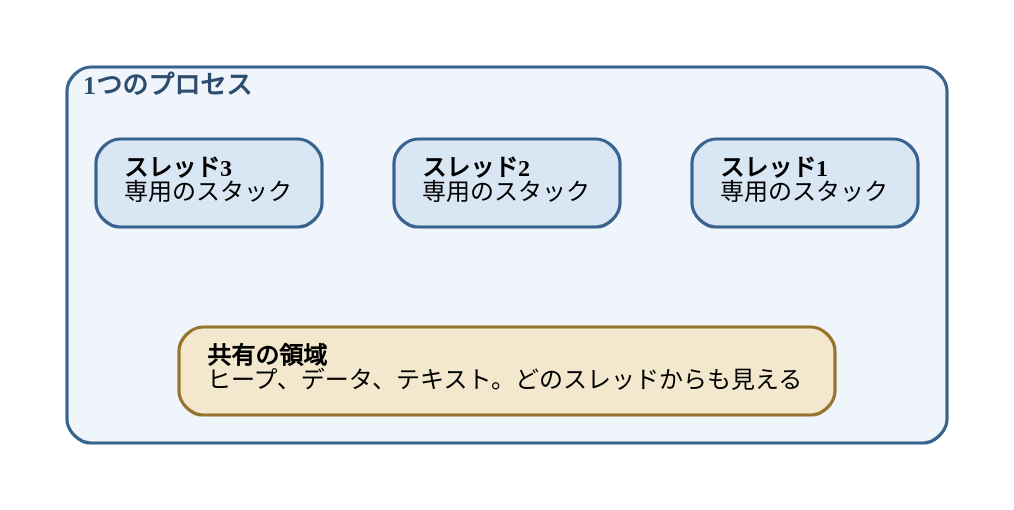
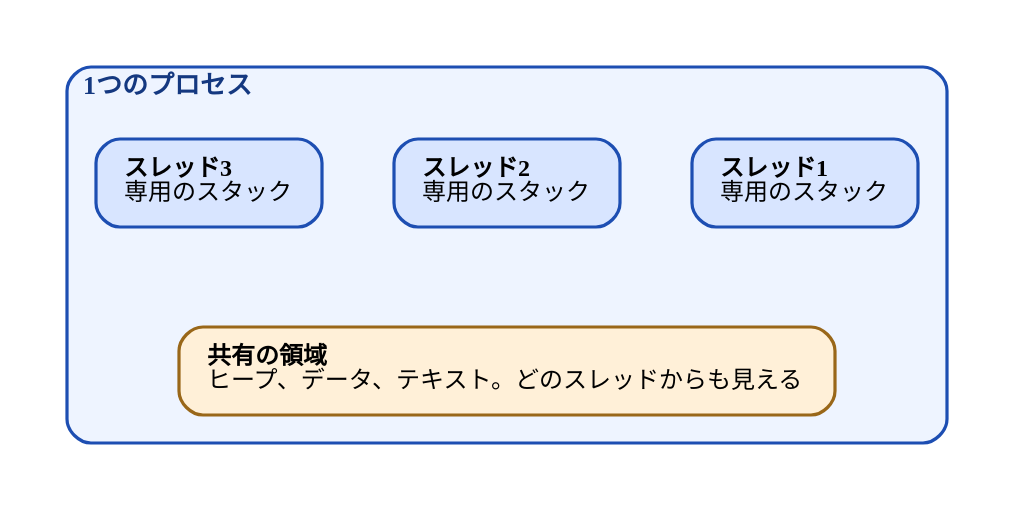
The diagram in diagrams/go-ebpf-primer/20260820-process-threads.dot (ymotongpoo/zenn.dev), drawn with Graphviz before and after one commit. The commit also changed 111 other files, not shown here.

First line of the commit message:
change(go-ebpf-primer): 図の配色をGrafana Labsブランドガイド準拠に更新

```diff
--- a/diagrams/go-ebpf-primer/20260820-process-threads.dot
+++ b/diagrams/go-ebpf-primer/20260820-process-threads.dot
@@ -1,37 +1,37 @@
 // プロセスとスレッド
 digraph process_threads {
   graph [
     fontname="IBM Plex Sans JP", fontsize=13,
     rankdir=TB, compound=true, splines=true,
     nodesep=0.5, ranksep=0.7, pad=0.25,
     bgcolor="white", newrank=true
   ];
   node [
     fontname="IBM Plex Sans JP", fontsize=12,
     shape=box, style="rounded,filled",
-    fillcolor="#F1F5F9", color="#475569", penwidth=1.6,
+    fillcolor="#F1F1F1", color="#4A4A4A", penwidth=1.6,
     margin="0.2,0.14"
   ];
   edge [
     fontname="IBM Plex Sans JP", fontsize=11,
-    color="#334155", penwidth=1.4, arrowsize=0.9,
-    fontcolor="#1E293B"
+    color="#343434", penwidth=1.4, arrowsize=0.9,
+    fontcolor="#171717"
   ];
 
   subgraph cluster_proc {
     label=<<b>1つのプロセス</b>>;
     style="rounded"; labeljust="l"; penwidth=1.6; margin=14;
-    color="#38638F"; fontcolor="#2E4D6E"; bgcolor="#EFF5FB";
+    color="#1D4EB2"; fontcolor="#143880"; bgcolor="#EEF4FF";
 
-    t1 [label=<<b>スレッド1</b><br align="left"/>専用のスタック<br align="left"/>>, fillcolor="#D9E7F4", color="#38638F"];
-    t2 [label=<<b>スレッド2</b><br align="left"/>専用のスタック<br align="left"/>>, fillcolor="#D9E7F4", color="#38638F"];
-    t3 [label=<<b>スレッド3</b><br align="left"/>専用のスタック<br align="left"/>>, fillcolor="#D9E7F4", color="#38638F"];
+    t1 [label=<<b>スレッド1</b><br align="left"/>専用のスタック<br align="left"/>>, fillcolor="#D8E5FF", color="#1D4EB2"];
+    t2 [label=<<b>スレッド2</b><br align="left"/>専用のスタック<br align="left"/>>, fillcolor="#D8E5FF", color="#1D4EB2"];
+    t3 [label=<<b>スレッド3</b><br align="left"/>専用のスタック<br align="left"/>>, fillcolor="#D8E5FF", color="#1D4EB2"];
 
-    shared [label=<<b>共有の領域</b><br align="left"/>ヒープ、データ、テキスト。どのスレッドからも見える<br align="left"/>>, fillcolor="#F3E8CE", color="#96742E"];
+    shared [label=<<b>共有の領域</b><br align="left"/>ヒープ、データ、テキスト。どのスレッドからも見える<br align="left"/>>, fillcolor="#FFF0D8", color="#996719"];
 
     { rank=same; t1; t2; t3; }
     t1 -> shared [style=invis];
     t2 -> shared [style=invis];
     t3 -> shared [style=invis];
   }
 }
```
